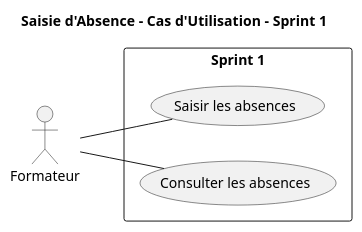
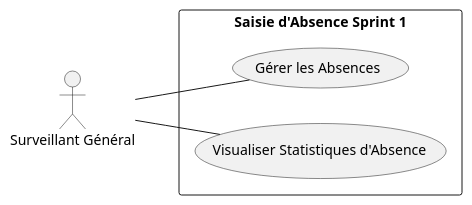
One commit to DevZakariaAz/Projet_fil_rouge_v1 changed the diagram in Branche_fonctionnelle/Use_Cases/UseCases_Sprint_1.plantuml. Above: the diagram before and after it, drawn with PlantUML. The commit also changed 28 other files, not shown here.

```diff
--- a/Branche_fonctionnelle/Use_Cases/UseCases_Sprint_1.plantuml
+++ b/Branche_fonctionnelle/Use_Cases/UseCases_Sprint_1.plantuml
@@ -1,15 +1,13 @@
 @startuml
-title Saisie d'Absence - Cas d'Utilisation - Sprint 1
 left to right direction
+actor "Surveillant Général" as SG
 
-actor Formateur as U
-
-rectangle "Sprint 1" {
-    usecase UC1 as "Saisir les absences"
-    usecase UC2 as "Consulter les absences"
+rectangle "Saisie d'Absence Sprint 1" {
+    usecase UC1 as "Gérer les Absences"
+    usecase UC2 as "Visualiser Statistiques d'Absence"
 }
 
-U -- UC1 
-U -- UC2 
+SG -- UC1 
+SG -- UC2 
 
 @enduml
```
